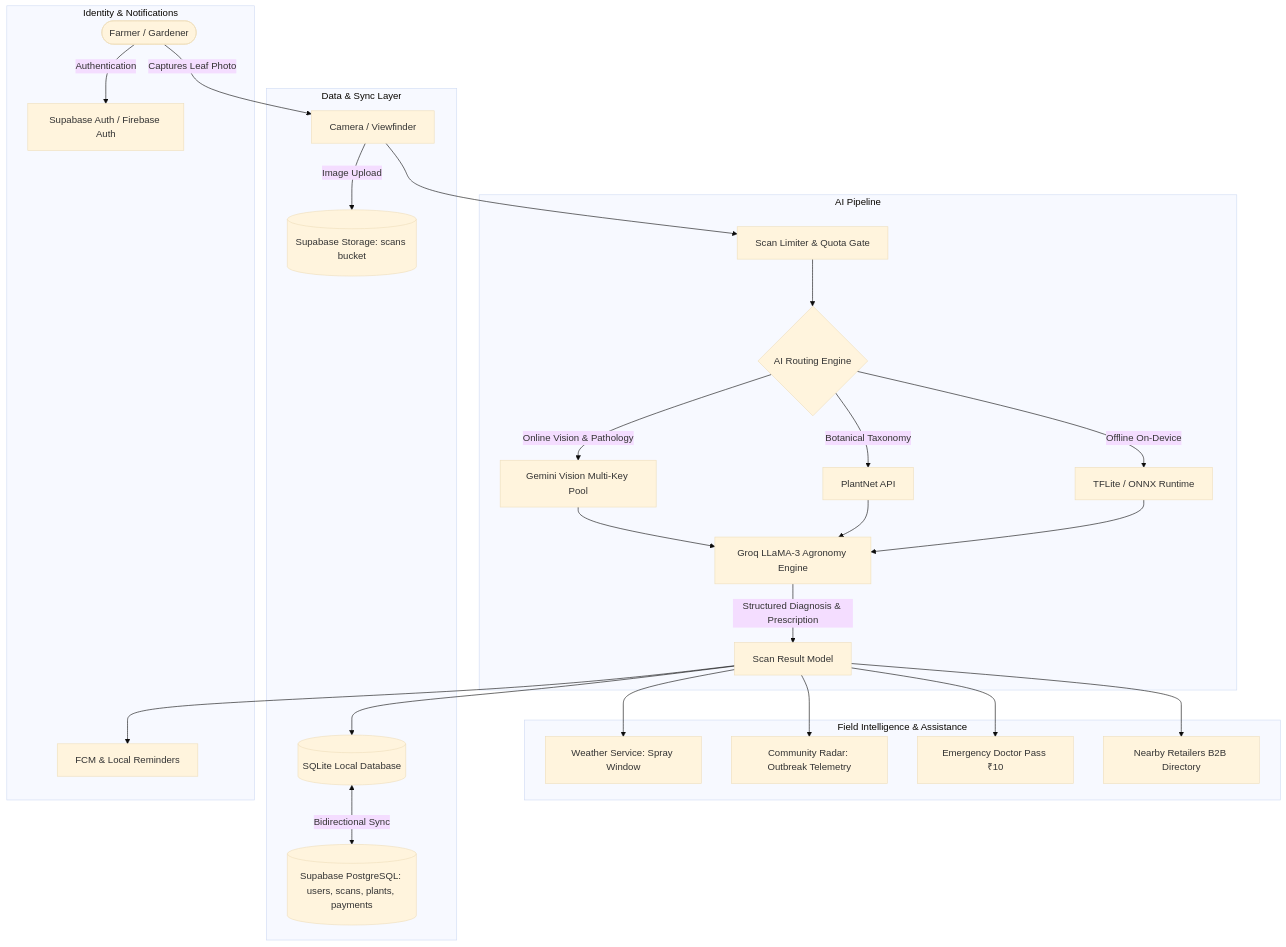
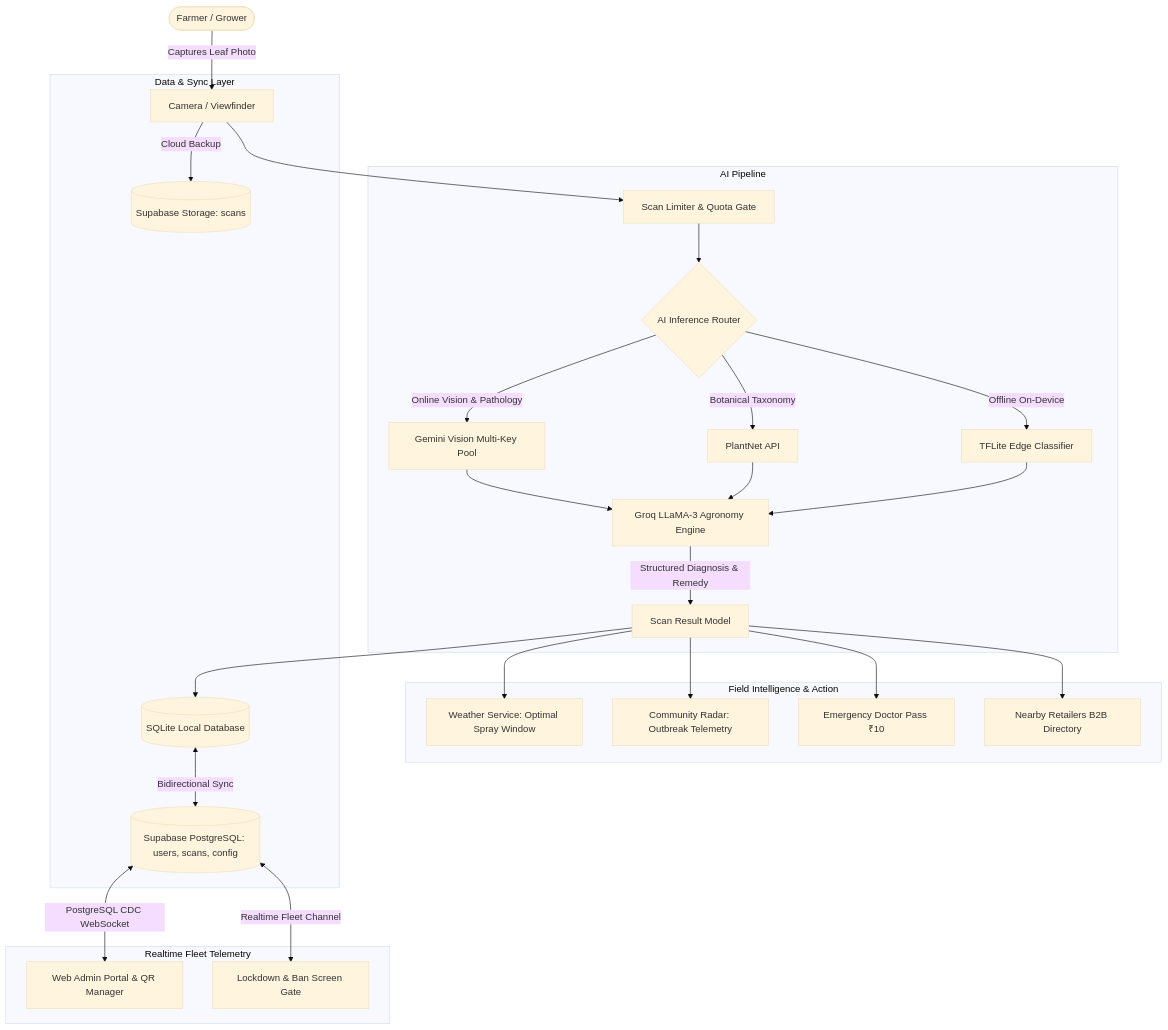
Before and after one commit to Debraj1001/Phytolense: the first of 2 diagrams in README.md, drawn with Mermaid (base theme). The commit also changed other lines of this file, not shown here.

Commit message:
docs: update README with v1.0.0 release links, live web portal, real-time dynamic QR, and fleet architecture

````diff
--- a/README.md
+++ b/README.md
@@ -83,35 +116,35 @@
 ```mermaid
 graph TD
-    User([Farmer / Gardener]) -->|Captures Leaf Photo| Cam[Camera / Viewfinder]
-    Cam --> ScanEngine[Scan Limiter & Quota Gate]
+    User([Farmer / Grower]) -->|Captures Leaf Photo| Cam[Camera / Viewfinder]
+    Cam --> QuotaGate[Scan Limiter & Quota Gate]
     
     subgraph AI Pipeline
-        ScanEngine --> AIRouter{AI Routing Engine}
+        QuotaGate --> AIRouter{AI Inference Router}
         AIRouter -->|Online Vision & Pathology| GemPool[Gemini Vision Multi-Key Pool]
         AIRouter -->|Botanical Taxonomy| PlantNet[PlantNet API]
-        AIRouter -->|Offline On-Device| TFLite[TFLite / ONNX Runtime]
+        AIRouter -->|Offline On-Device| TFLite[TFLite Edge Classifier]
         
         GemPool --> GroqEngine[Groq LLaMA-3 Agronomy Engine]
         PlantNet --> GroqEngine
         TFLite --> GroqEngine
-        GroqEngine -->|Structured Diagnosis & Prescription| DiagnosticResult[Scan Result Model]
+        GroqEngine -->|Structured Diagnosis & Remedy| DiagnosticResult[Scan Result Model]
     end
 
-    subgraph Field Intelligence & Assistance
-        DiagnosticResult --> SprayWindow[Weather Service: Spray Window]
+    subgraph Field Intelligence & Action
+        DiagnosticResult --> SprayWindow[Weather Service: Optimal Spray Window]
         DiagnosticResult --> RadarAlert[Community Radar: Outbreak Telemetry]
         DiagnosticResult --> DoctorPass[Emergency Doctor Pass ₹10]
         DiagnosticResult --> B2BDirectory[Nearby Retailers B2B Directory]
     end
 
     subgraph Data & Sync Layer
         DiagnosticResult --> LocalDB[(SQLite Local Database)]
-        LocalDB <-->|Bidirectional Sync| SupabaseDB[(Supabase PostgreSQL: users, scans, plants, payments)]
-        Cam -->|Image Upload| SupabaseStorage[(Supabase Storage: scans bucket)]
+        LocalDB <-->|Bidirectional Sync| SupabaseDB[(Supabase PostgreSQL: users, scans, config)]
+        Cam -->|Cloud Backup| SupabaseStorage[(Supabase Storage: scans)]
     end
 
-    subgraph Identity & Notifications
-        User -->|Authentication| SupabaseAuth[Supabase Auth / Firebase Auth]
-        DiagnosticResult --> NotifService[FCM & Local Reminders]
+    subgraph Realtime Fleet Telemetry
+        SupabaseDB <-->|PostgreSQL CDC WebSocket| WebPortal[Web Admin Portal & QR Manager]
+        SupabaseDB <-->|Realtime Fleet Channel| SecurityGate[Lockdown & Ban Screen Gate]
     end
 ```
````
